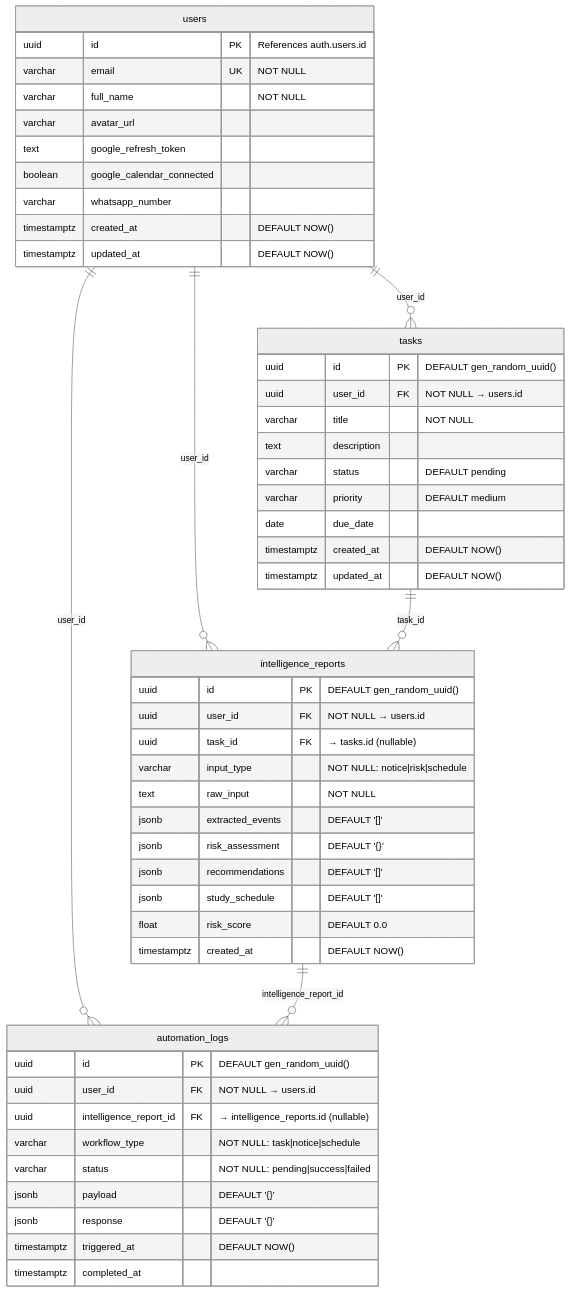
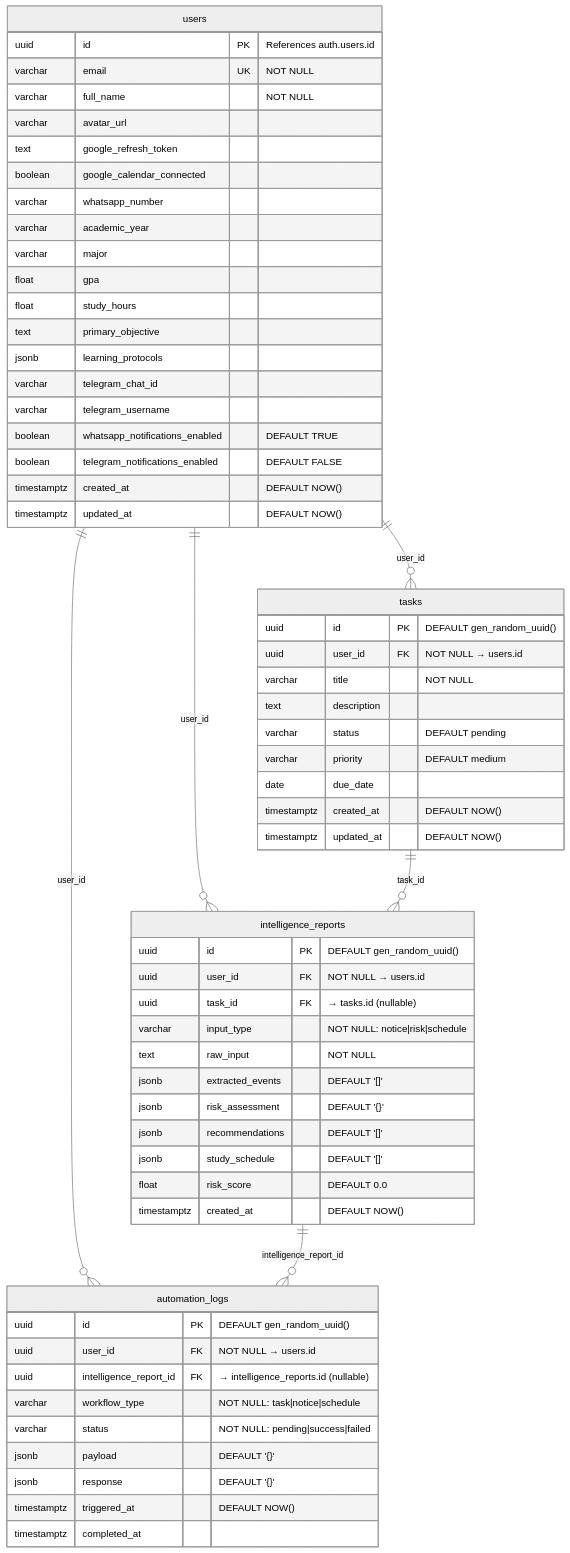
Before and after one commit to AdharshJolly/Academix: the diagram in docs/DATABASE_SCHEMA.md, drawn with Mermaid (neutral theme). The commit also changed other lines of this file and 32 other files, not shown here.

````diff
--- a/docs/DATABASE_SCHEMA.md
+++ b/docs/DATABASE_SCHEMA.md
@@ -23,58 +23,68 @@
 ```mermaid
 erDiagram
     users {
         uuid id PK "References auth.users.id"
         varchar email UK "NOT NULL"
         varchar full_name "NOT NULL"
         varchar avatar_url
         text google_refresh_token
         boolean google_calendar_connected
         varchar whatsapp_number
+        varchar academic_year
+        varchar major
+        float gpa
+        float study_hours
+        text primary_objective
+        jsonb learning_protocols
+        varchar telegram_chat_id
+        varchar telegram_username
+        boolean whatsapp_notifications_enabled "DEFAULT TRUE"
+        boolean telegram_notifications_enabled "DEFAULT FALSE"
         timestamptz created_at "DEFAULT NOW()"
         timestamptz updated_at "DEFAULT NOW()"
     }
 
     tasks {
         uuid id PK "DEFAULT gen_random_uuid()"
         uuid user_id FK "NOT NULL → users.id"
         varchar title "NOT NULL"
         text description
         varchar status "DEFAULT pending"
         varchar priority "DEFAULT medium"
         date due_date
         timestamptz created_at "DEFAULT NOW()"
         timestamptz updated_at "DEFAULT NOW()"
     }
 
     intelligence_reports {
         uuid id PK "DEFAULT gen_random_uuid()"
         uuid user_id FK "NOT NULL → users.id"
         uuid task_id FK "→ tasks.id (nullable)"
         varchar input_type "NOT NULL: notice|risk|schedule"
         text raw_input "NOT NULL"
         jsonb extracted_events "DEFAULT '[]'"
         jsonb risk_assessment "DEFAULT '{}'"
         jsonb recommendations "DEFAULT '[]'"
         jsonb study_schedule "DEFAULT '[]'"
         float risk_score "DEFAULT 0.0"
         timestamptz created_at "DEFAULT NOW()"
     }
 
     automation_logs {
         uuid id PK "DEFAULT gen_random_uuid()"
         uuid user_id FK "NOT NULL → users.id"
         uuid intelligence_report_id FK "→ intelligence_reports.id (nullable)"
         varchar workflow_type "NOT NULL: task|notice|schedule"
         varchar status "NOT NULL: pending|success|failed"
         jsonb payload "DEFAULT '{}'"
         jsonb response "DEFAULT '{}'"
         timestamptz triggered_at "DEFAULT NOW()"
         timestamptz completed_at
     }
 
     users ||--o{ tasks : "user_id"
     users ||--o{ intelligence_reports : "user_id"
     users ||--o{ automation_logs : "user_id"
     tasks ||--o{ intelligence_reports : "task_id"
     intelligence_reports ||--o{ automation_logs : "intelligence_report_id"
 ```
````
